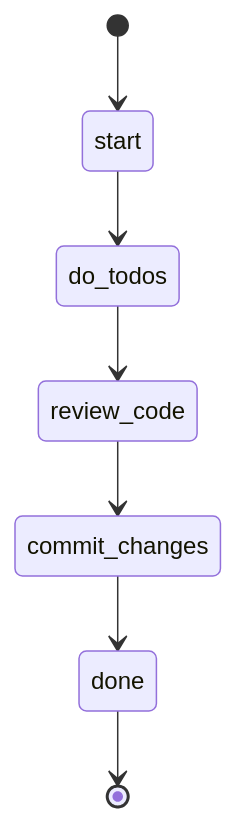
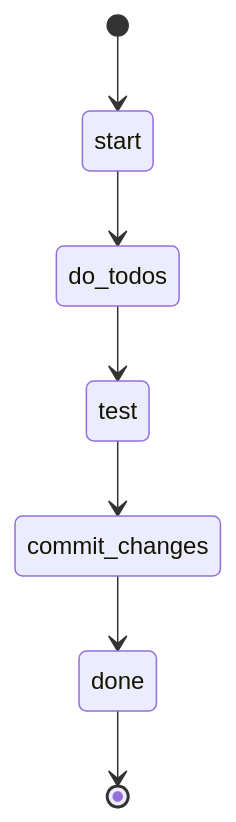
The diagram in builtin/workflows/implement.md (swissarmyhammer/swissarmyhammer), drawn with Mermaid before and after one commit. The commit also changed other lines of this file and 163 other files, not shown here.

````diff
--- a/builtin/workflows/implement.md
+++ b/builtin/workflows/implement.md
@@ -11,9 +11,9 @@
 ```mermaid
 stateDiagram-v2
     [*] --> start
     start --> do_todos
-    do_todos --> review_code
-    review_code --> commit_changes
+    do_todos --> test
+    test --> commit_changes
     commit_changes --> done
     done --> [*]
 ```
````
